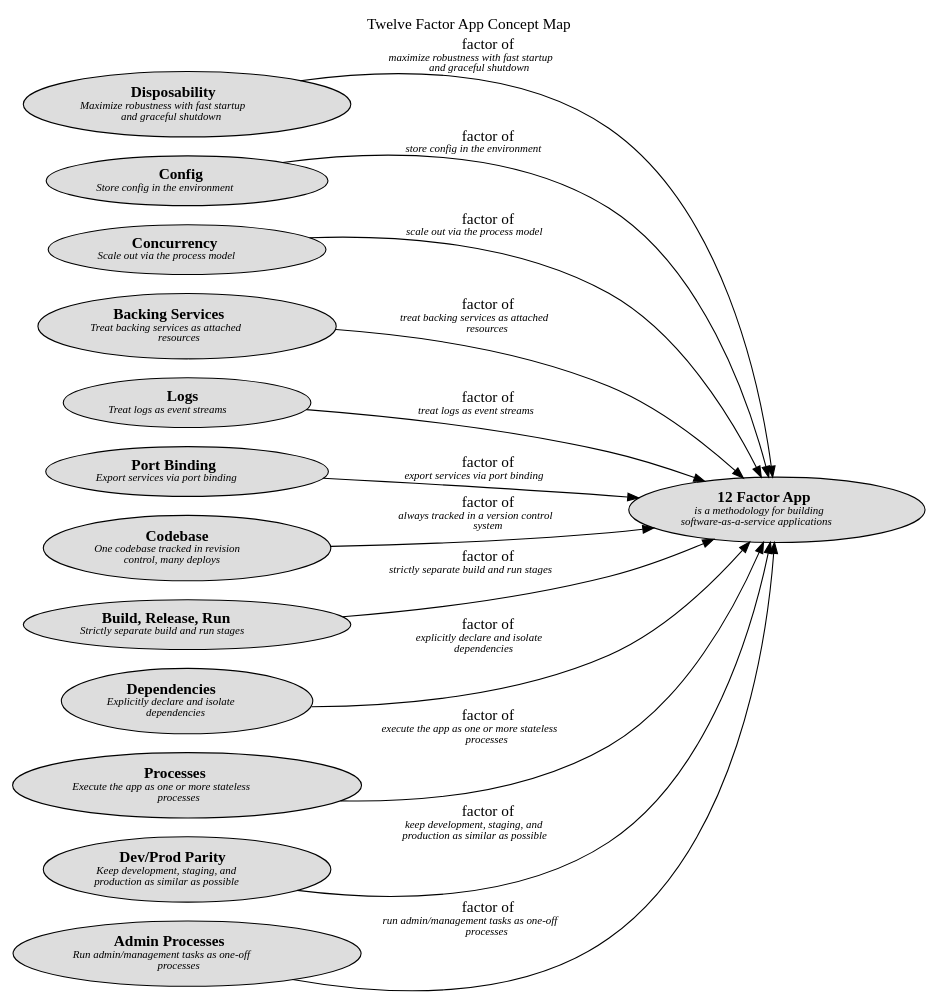
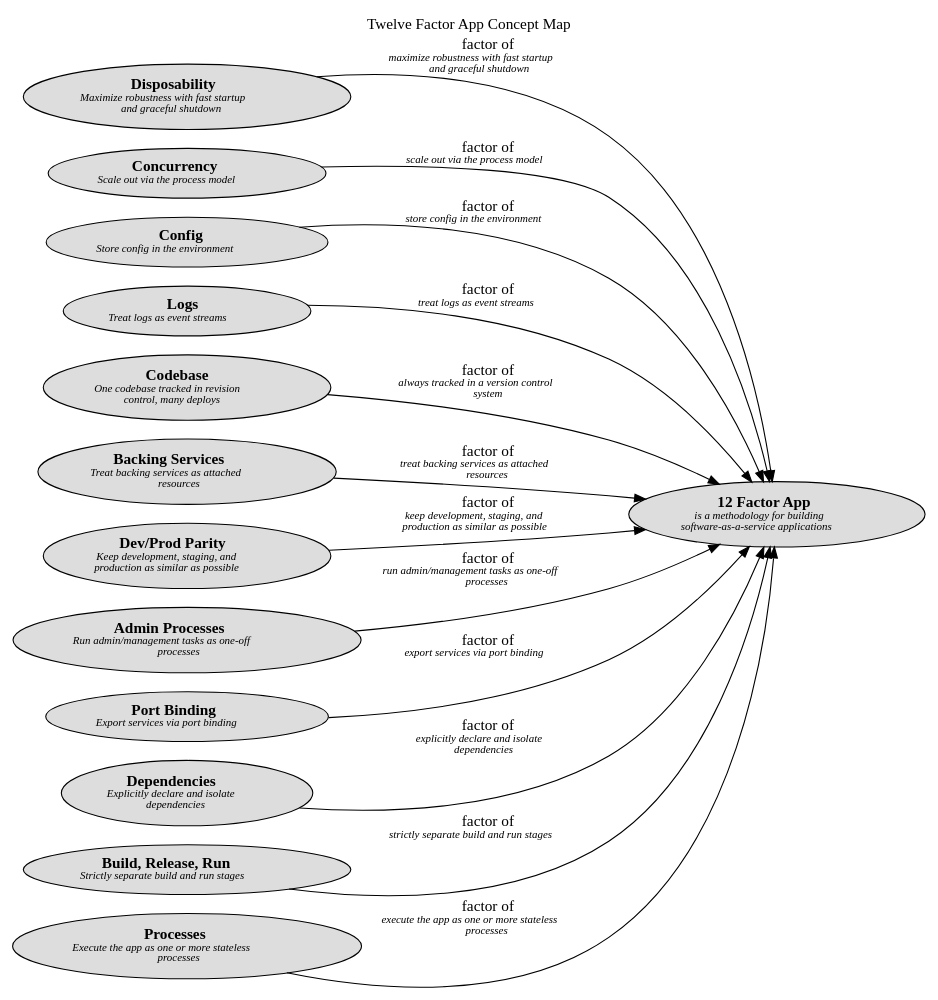
Before and after one commit to lsolbach/overarch-models: the diagram in docs/software-development/twelve-factor-app/concept-view.dot, drawn with Graphviz. The commit also changed other lines of this file and 108 other files, not shown here.

```diff
--- a/docs/software-development/twelve-factor-app/concept-view.dot
+++ b/docs/software-development/twelve-factor-app/concept-view.dot
@@ -1,36 +1,36 @@
 digraph "Twelve Factor App Concept Map" {
   labelloc= "t"
   label="Twelve Factor App Concept Map"
   rankdir="LR"
 
   layout=dot
 software_development_twelve_factor_app__disposability [shape=ellipse style=filled fillcolor="#dddddd" label=<<B>Disposability</B><BR/><FONT POINT-SIZE="10"><I>Maximize robustness with fast startup<BR/>and graceful shutdown </I></FONT>>]
+software_development_twelve_factor_app__concurrency [shape=ellipse style=filled fillcolor="#dddddd" label=<<B>Concurrency</B><BR/><FONT POINT-SIZE="10"><I>Scale out via the process model </I></FONT>>]
 software_development_twelve_factor_app__config [shape=ellipse style=filled fillcolor="#dddddd" label=<<B>Config</B><BR/><FONT POINT-SIZE="10"><I>Store config in the environment </I></FONT>>]
-software_development_twelve_factor_app__twelve_factor_app [shape=ellipse style=filled fillcolor="#dddddd" label=<<B>12 Factor App</B><BR/><FONT POINT-SIZE="10"><I>is a methodology for building<BR/>software-as-a-service applications </I></FONT>>]
-software_development_twelve_factor_app__concurrency [shape=ellipse style=filled fillcolor="#dddddd" label=<<B>Concurrency</B><BR/><FONT POINT-SIZE="10"><I>Scale out via the process model </I></FONT>>]
+software_development_twelve_factor_app__logs [shape=ellipse style=filled fillcolor="#dddddd" label=<<B>Logs</B><BR/><FONT POINT-SIZE="10"><I>Treat logs as event streams </I></FONT>>]
+software_development_twelve_factor_app__codebase [shape=ellipse style=filled fillcolor="#dddddd" label=<<B>Codebase</B><BR/><FONT POINT-SIZE="10"><I>One codebase tracked in revision<BR/>control, many deploys </I></FONT>>]
 software_development_twelve_factor_app__backing_services [shape=ellipse style=filled fillcolor="#dddddd" label=<<B>Backing Services</B><BR/><FONT POINT-SIZE="10"><I>Treat backing services as attached<BR/>resources </I></FONT>>]
-software_development_twelve_factor_app__logs [shape=ellipse style=filled fillcolor="#dddddd" label=<<B>Logs</B><BR/><FONT POINT-SIZE="10"><I>Treat logs as event streams </I></FONT>>]
-software_development_twelve_factor_app__port_binding [shape=ellipse style=filled fillcolor="#dddddd" label=<<B>Port Binding</B><BR/><FONT POINT-SIZE="10"><I>Export services via port binding </I></FONT>>]
-software_development_twelve_factor_app__codebase [shape=ellipse style=filled fillcolor="#dddddd" label=<<B>Codebase</B><BR/><FONT POINT-SIZE="10"><I>One codebase tracked in revision<BR/>control, many deploys </I></FONT>>]
-software_development_twelve_factor_app__build_release_run [shape=ellipse style=filled fillcolor="#dddddd" label=<<B>Build, Release, Run</B><BR/><FONT POINT-SIZE="10"><I>Strictly separate build and run stages </I></FONT>>]
-software_development_twelve_factor_app__dependencies [shape=ellipse style=filled fillcolor="#dddddd" label=<<B>Dependencies</B><BR/><FONT POINT-SIZE="10"><I>Explicitly declare and isolate<BR/>dependencies </I></FONT>>]
-software_development_twelve_factor_app__processes [shape=ellipse style=filled fillcolor="#dddddd" label=<<B>Processes</B><BR/><FONT POINT-SIZE="10"><I>Execute the app as one or more stateless<BR/>processes </I></FONT>>]
 software_development_twelve_factor_app__dev_prod_parity [shape=ellipse style=filled fillcolor="#dddddd" label=<<B>Dev/Prod Parity</B><BR/><FONT POINT-SIZE="10"><I>Keep development, staging, and<BR/>production as similar as possible </I></FONT>>]
 software_development_twelve_factor_app__admin_processes [shape=ellipse style=filled fillcolor="#dddddd" label=<<B>Admin Processes</B><BR/><FONT POINT-SIZE="10"><I>Run admin/management tasks as one-off<BR/>processes </I></FONT>>]
+software_development_twelve_factor_app__port_binding [shape=ellipse style=filled fillcolor="#dddddd" label=<<B>Port Binding</B><BR/><FONT POINT-SIZE="10"><I>Export services via port binding </I></FONT>>]
+software_development_twelve_factor_app__twelve_factor_app [shape=ellipse style=filled fillcolor="#dddddd" label=<<B>12 Factor App</B><BR/><FONT POINT-SIZE="10"><I>is a methodology for building<BR/>software-as-a-service applications </I></FONT>>]
+software_development_twelve_factor_app__dependencies [shape=ellipse style=filled fillcolor="#dddddd" label=<<B>Dependencies</B><BR/><FONT POINT-SIZE="10"><I>Explicitly declare and isolate<BR/>dependencies </I></FONT>>]
+software_development_twelve_factor_app__build_release_run [shape=ellipse style=filled fillcolor="#dddddd" label=<<B>Build, Release, Run</B><BR/><FONT POINT-SIZE="10"><I>Strictly separate build and run stages </I></FONT>>]
+software_development_twelve_factor_app__processes [shape=ellipse style=filled fillcolor="#dddddd" label=<<B>Processes</B><BR/><FONT POINT-SIZE="10"><I>Execute the app as one or more stateless<BR/>processes </I></FONT>>]
  
 software_development_twelve_factor_app__concurrency -> software_development_twelve_factor_app__twelve_factor_app [label=<factor of<BR/><FONT POINT-SIZE="10"><I>scale out via the process model </I></FONT>>]
 software_development_twelve_factor_app__processes -> software_development_twelve_factor_app__twelve_factor_app [label=<factor of<BR/><FONT POINT-SIZE="10"><I>execute the app as one or more stateless<BR/>processes </I></FONT>>]
 software_development_twelve_factor_app__config -> software_development_twelve_factor_app__twelve_factor_app [label=<factor of<BR/><FONT POINT-SIZE="10"><I>store config in the environment </I></FONT>>]
 software_development_twelve_factor_app__backing_services -> software_development_twelve_factor_app__twelve_factor_app [label=<factor of<BR/><FONT POINT-SIZE="10"><I>treat backing services as attached<BR/>resources </I></FONT>>]
 software_development_twelve_factor_app__disposability -> software_development_twelve_factor_app__twelve_factor_app [label=<factor of<BR/><FONT POINT-SIZE="10"><I>maximize robustness with fast startup<BR/>and graceful shutdown </I></FONT>>]
 software_development_twelve_factor_app__dev_prod_parity -> software_development_twelve_factor_app__twelve_factor_app [label=<factor of<BR/><FONT POINT-SIZE="10"><I>keep development, staging, and<BR/>production as similar as possible </I></FONT>>]
 software_development_twelve_factor_app__logs -> software_development_twelve_factor_app__twelve_factor_app [label=<factor of<BR/><FONT POINT-SIZE="10"><I>treat logs as event streams </I></FONT>>]
 software_development_twelve_factor_app__admin_processes -> software_development_twelve_factor_app__twelve_factor_app [label=<factor of<BR/><FONT POINT-SIZE="10"><I>run admin/management tasks as one-off<BR/>processes </I></FONT>>]
 software_development_twelve_factor_app__codebase -> software_development_twelve_factor_app__twelve_factor_app [label=<factor of<BR/><FONT POINT-SIZE="10"><I>always tracked in a version control<BR/>system </I></FONT>>]
 software_development_twelve_factor_app__dependencies -> software_development_twelve_factor_app__twelve_factor_app [label=<factor of<BR/><FONT POINT-SIZE="10"><I>explicitly declare and isolate<BR/>dependencies </I></FONT>>]
 software_development_twelve_factor_app__build_release_run -> software_development_twelve_factor_app__twelve_factor_app [label=<factor of<BR/><FONT POINT-SIZE="10"><I>strictly separate build and run stages </I></FONT>>]
 software_development_twelve_factor_app__port_binding -> software_development_twelve_factor_app__twelve_factor_app [label=<factor of<BR/><FONT POINT-SIZE="10"><I>export services via port binding </I></FONT>>]
  
 }
 
 // (generated by Overarch with template views/view.dot.cmb)
```
